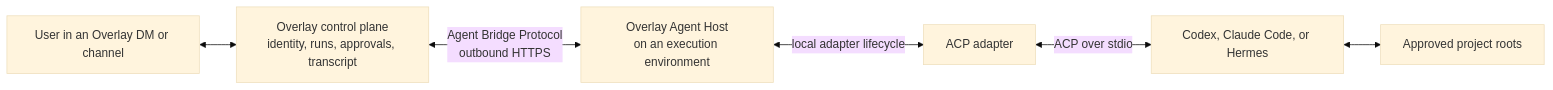
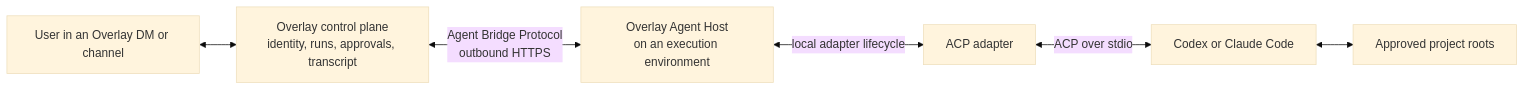
Before and after one commit to LayerNorm/overlay-web: the first of 8 diagrams in internal/develop/bring-your-own-agents.md, drawn with Mermaid (base theme). The commit also changed other lines of this file and 61 other files, not shown here.

````diff
--- a/internal/develop/bring-your-own-agents.md
+++ b/internal/develop/bring-your-own-agents.md
@@ -703,15 +711,15 @@
 ```mermaid
 flowchart LR
     User["User in an Overlay DM or channel"]
     Overlay["Overlay control plane<br/>identity, runs, approvals, transcript"]
     Host["Overlay Agent Host<br/>on an execution environment"]
     Adapter["ACP adapter"]
-    Agent["Codex, Claude Code, or Hermes"]
+    Agent["Codex or Claude Code"]
     Files["Approved project roots"]
 
     User <--> Overlay
     Overlay <-->|"Agent Bridge Protocol<br/>outbound HTTPS"| Host
     Host <-->|"local adapter lifecycle"| Adapter
     Adapter <-->|"ACP over stdio"| Agent
     Agent <--> Files
 ```
````
